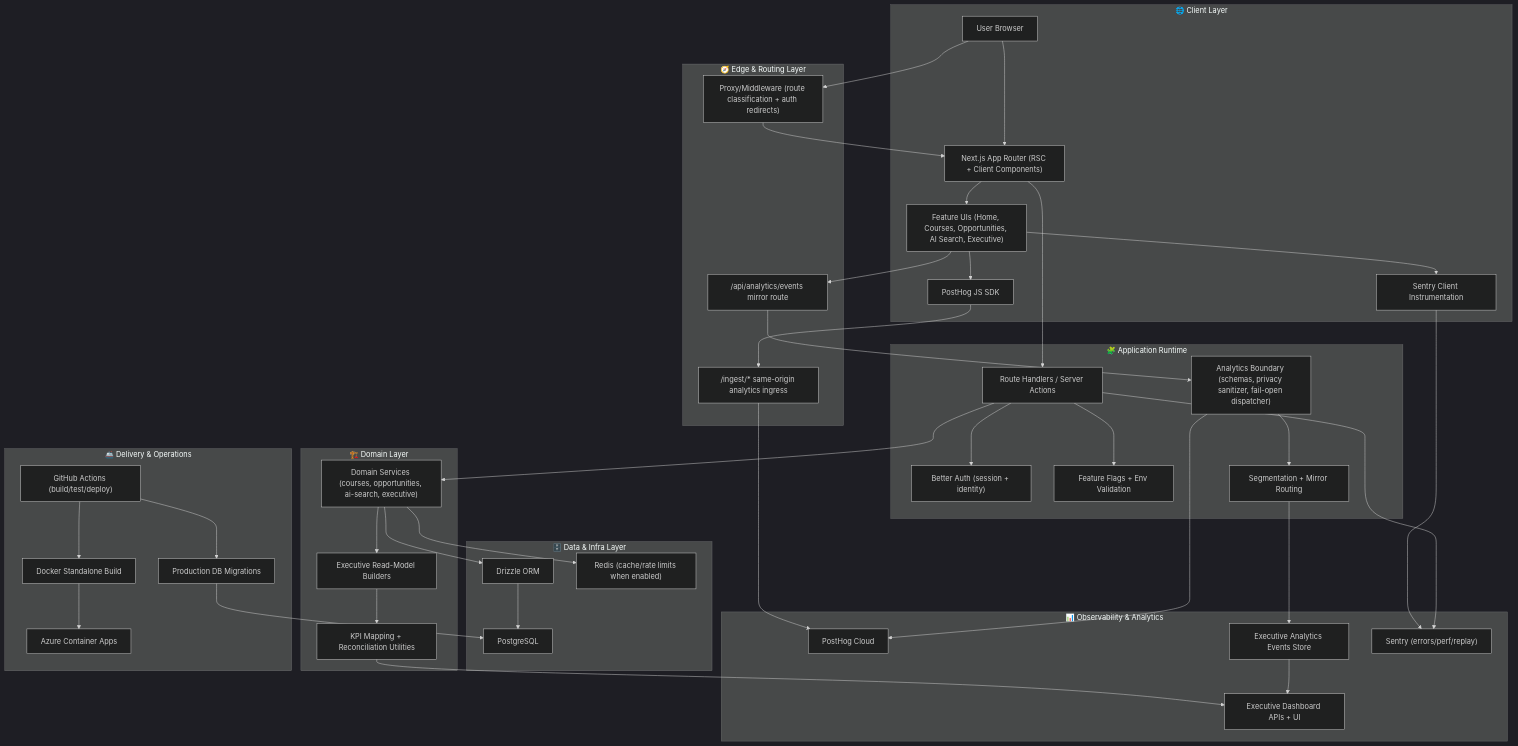
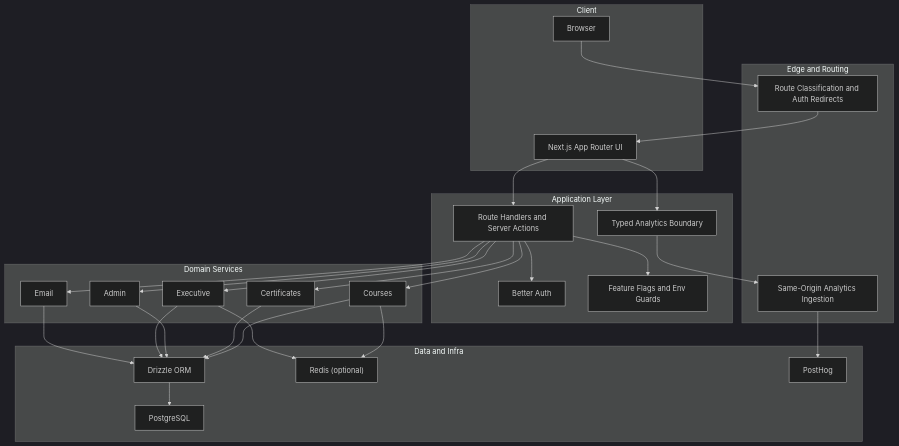
The diagram in README.md (ScholarX-Labs/web), drawn with Mermaid (dark theme) before and after one commit. The commit also changed other lines of this file, not shown here.

````diff
--- a/README.md
+++ b/README.md
@@ -38,109 +71,54 @@
 ```mermaid
 flowchart TB
-  %% =========================
-  %% Client Layer
-  %% =========================
-  subgraph C["🌐 Client Layer"]
-    U["User Browser"]
-    RSC["Next.js App Router (RSC + Client Components)"]
-    UI["Feature UIs (Home, Courses, Opportunities, AI Search, Executive)"]
-    PHSDK["PostHog JS SDK"]
-    SENTRYC["Sentry Client Instrumentation"]
+  subgraph Client["Client"]
+    Browser["Browser"]
+    UI["Next.js App Router UI"]
   end
 
-  %% =========================
-  %% Edge / Routing Layer
-  %% =========================
-  subgraph E["🧭 Edge & Routing Layer"]
-    MW["Proxy/Middleware (route classification + auth redirects)"]
-    ING["/ingest/* same-origin analytics ingress"]
-    APIM["/api/analytics/events mirror route"]
+  subgraph Edge["Edge and Routing"]
+    Middleware["Route Classification and Auth Redirects"]
+    Ingest["Same-Origin Analytics Ingestion"]
   end
 
-  %% =========================
-  %% Application Layer
-  %% =========================
-  subgraph A["🧩 Application Runtime"]
-    RH["Route Handlers / Server Actions"]
-    AUTH["Better Auth (session + identity)"]
-    FLAGS["Feature Flags + Env Validation"]
-    ANALYTICS["Analytics Boundary (schemas, privacy sanitizer, fail-open dispatcher)"]
-    SEG["Segmentation + Mirror Routing"]
+  subgraph App["Application Layer"]
+    Handlers["Route Handlers and Server Actions"]
+    Auth["Better Auth"]
+    AnalyticsBoundary["Typed Analytics Boundary"]
+    Flags["Feature Flags and Env Guards"]
   end
 
-  %% =========================
-  %% Domain Layer
-  %% =========================
-  subgraph D["🏗️ Domain Layer"]
-    CORE["Domain Services (courses, opportunities, ai-search, executive)"]
-    EXECAPP["Executive Read-Model Builders"]
-    KPI["KPI Mapping + Reconciliation Utilities"]
+  subgraph Domain["Domain Services"]
+    Courses["Courses"]
+    Certificates["Certificates"]
+    Admin["Admin"]
+    Executive["Executive"]
+    Email["Email"]
   end
 
-  %% =========================
-  %% Data Layer
-  %% =========================
-  subgraph DB["🗄️ Data & Infra Layer"]
-    DRIZZLE["Drizzle ORM"]
-    PG["PostgreSQL"]
-    REDIS["Redis (cache/rate limits when enabled)"]
+  subgraph Data["Data and Infra"]
+    Drizzle["Drizzle ORM"]
+    Postgres["PostgreSQL"]
+    Redis["Redis (optional)"]
+    PostHog["PostHog"]
   end
 
-  %% =========================
-  %% Observability & Analytics
-  %% =========================
-  subgraph O["📊 Observability & Analytics"]
-    PH["PostHog Cloud"]
-    EAS["Executive Analytics Events Store"]
-    DASH["Executive Dashboard APIs + UI"]
-    SENTRY["Sentry (errors/perf/replay)"]
-  end
-
-  %% =========================
-  %% Delivery Layer
-  %% =========================
-  subgraph CD["🚢 Delivery & Operations"]
-    GH["GitHub Actions (build/test/deploy)"]
-    DOCKER["Docker Standalone Build"]
-    ACA["Azure Container Apps"]
-    MIG["Production DB Migrations"]
-  end
-
-  %% Client flows
-  U --> RSC --> UI
-  UI --> PHSDK
-  UI --> SENTRYC
-
-  %% Edge flows
-  U --> MW
-  MW --> RSC
-  PHSDK --> ING
-  UI --> APIM
-
-  %% Ingestion + server analytics flows
-  ING --> PH
-  APIM --> ANALYTICS
-  ANALYTICS --> SEG
-  SEG --> EAS
-  ANALYTICS --> PH
-
-  %% App/domain/data flows
-  RSC --> RH
-  RH --> AUTH
-  RH --> FLAGS
-  RH --> CORE
-  CORE --> EXECAPP
-  EXECAPP --> KPI
-  CORE --> DRIZZLE --> PG
-  CORE --> REDIS
-  KPI --> DASH
-  EAS --> DASH
-
-  %% Observability flows
-  SENTRYC --> SENTRY
-  RH --> SENTRY
-
-  %% Delivery flows
-  GH --> DOCKER --> ACA
-  GH --> MIG --> PG
+  Browser --> Middleware --> UI
+  UI --> Handlers
+  Handlers --> Auth
+  Handlers --> Flags
+  UI --> AnalyticsBoundary
+  AnalyticsBoundary --> Ingest --> PostHog
+  Handlers --> Courses
+  Handlers --> Certificates
+  Handlers --> Admin
+  Handlers --> Executive
+  Handlers --> Email
+  Courses --> Drizzle
+  Certificates --> Drizzle
+  Admin --> Drizzle
+  Executive --> Drizzle
+  Email --> Drizzle
+  Drizzle --> Postgres
+  Courses --> Redis
+  Executive --> Redis
 ```
````
